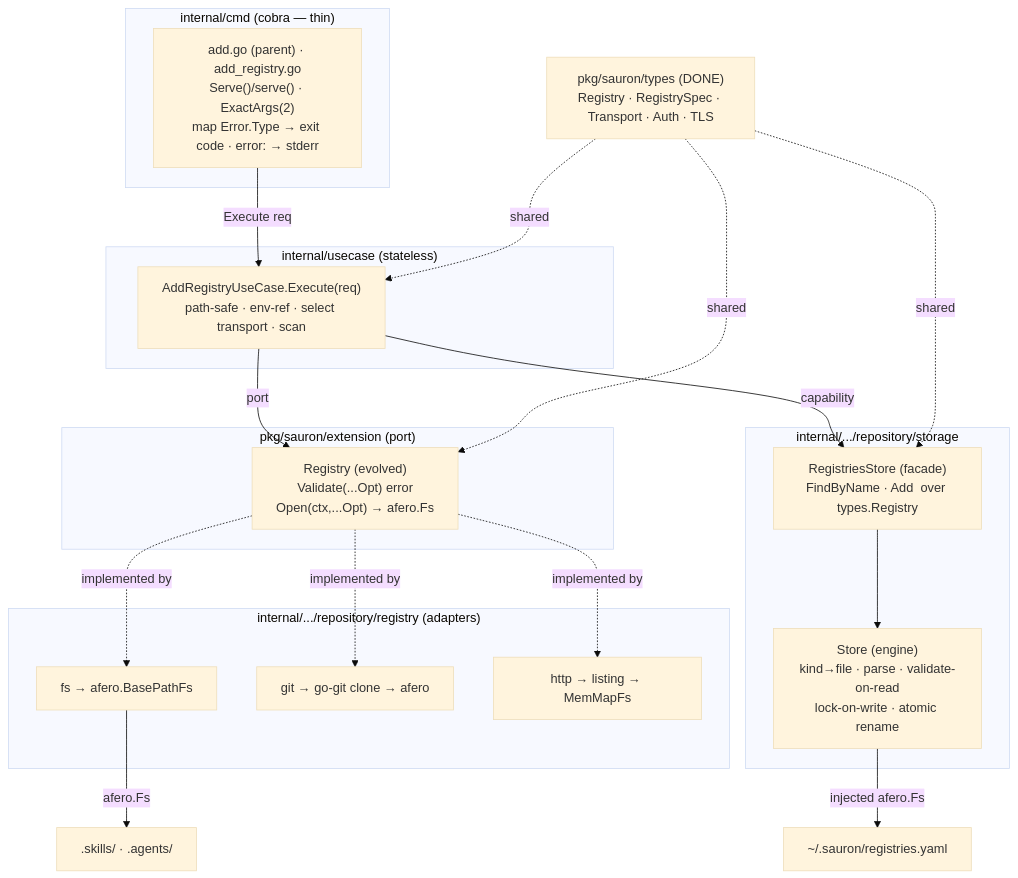
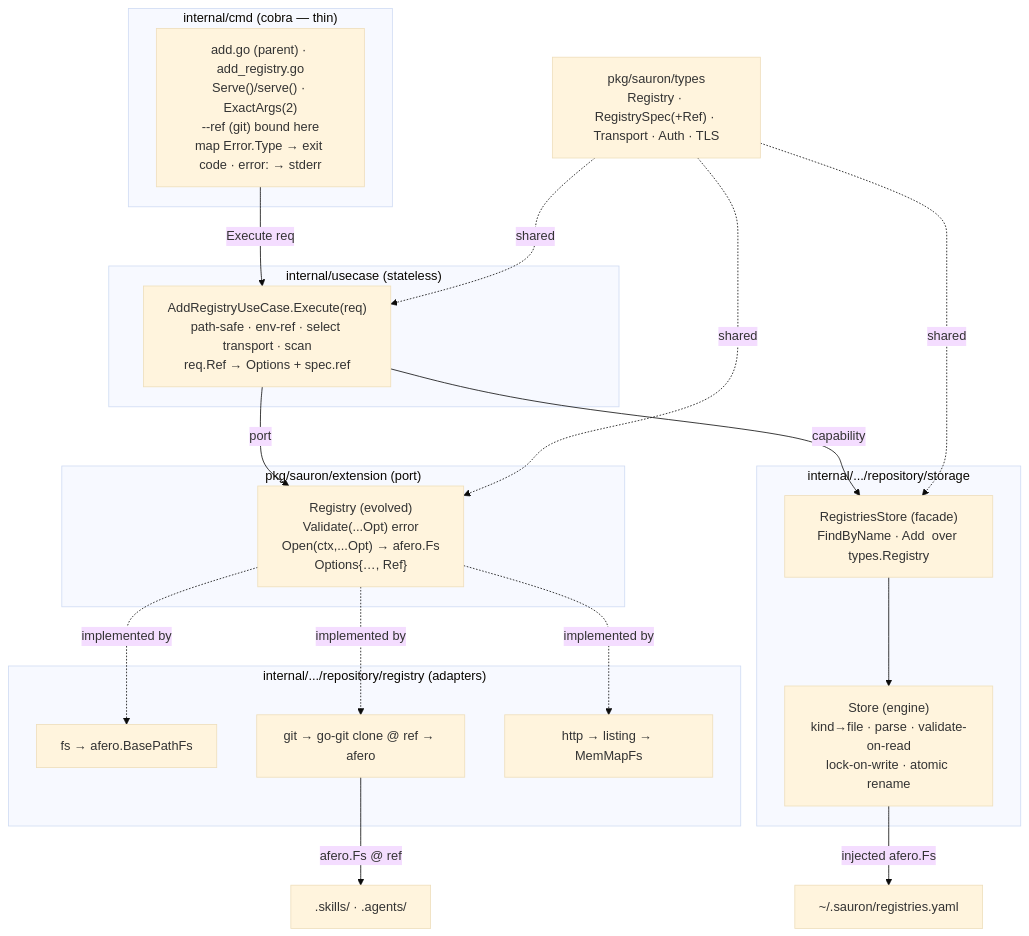
Before and after one commit to Delfimarime/sauron: the first of 3 diagrams in spec/0001-add-registry/plan.md, drawn with Mermaid (base theme). The commit also changed other lines of this file and 10 other files, not shown here.

````diff
--- a/spec/0001-add-registry/plan.md
+++ b/spec/0001-add-registry/plan.md
@@ -65,35 +97,35 @@
 ```mermaid
 graph TD
   subgraph cmd["internal/cmd (cobra — thin)"]
-    AR["add.go (parent) · add_registry.go<br/>Serve()/serve() · ExactArgs(2)<br/>map Error.Type → exit code · error: → stderr"]
+    AR["add.go (parent) · add_registry.go<br/>Serve()/serve() · ExactArgs(2)<br/>--ref (git) bound here<br/>map Error.Type → exit code · error: → stderr"]
   end
   subgraph uc["internal/usecase (stateless)"]
-    UC["AddRegistryUseCase.Execute(req)<br/>path-safe · env-ref · select transport · scan"]
+    UC["AddRegistryUseCase.Execute(req)<br/>path-safe · env-ref · select transport · scan<br/>req.Ref → Options + spec.ref"]
   end
   subgraph ext["pkg/sauron/extension (port)"]
-    P["Registry (evolved)<br/>Validate(...Opt) error<br/>Open(ctx,...Opt) → afero.Fs"]
+    P["Registry (evolved)<br/>Validate(...Opt) error<br/>Open(ctx,...Opt) → afero.Fs<br/>Options{…, Ref}"]
   end
   subgraph reg["internal/.../repository/registry (adapters)"]
     FS["fs → afero.BasePathFs"]
-    GIT["git → go-git clone → afero"]
+    GIT["git → go-git clone @ ref → afero"]
     HTTP["http → listing → MemMapFs"]
   end
   subgraph store["internal/.../repository/storage"]
     RS["RegistriesStore (facade)<br/>FindByName · Add  over types.Registry"]
     ST["Store (engine)<br/>kind→file · parse · validate-on-read<br/>lock-on-write · atomic rename"]
   end
-  TYPES["pkg/sauron/types (DONE)<br/>Registry · RegistrySpec · Transport · Auth · TLS"]
+  TYPES["pkg/sauron/types<br/>Registry · RegistrySpec(+Ref) · Transport · Auth · TLS"]
 
   AR -->|Execute req| UC
   UC -->|port| P
   UC -->|capability| RS
   P -.implemented by.-> FS
   P -.implemented by.-> GIT
   P -.implemented by.-> HTTP
   RS --> ST
-  FS -->|afero.Fs| CONTENT[".skills/ · .agents/"]
+  GIT -->|afero.Fs @ ref| CONTENT[".skills/ · .agents/"]
   ST -->|injected afero.Fs| HOME["~/.sauron/registries.yaml"]
   TYPES -.shared.-> UC
   TYPES -.shared.-> P
   TYPES -.shared.-> RS
 ```
````
